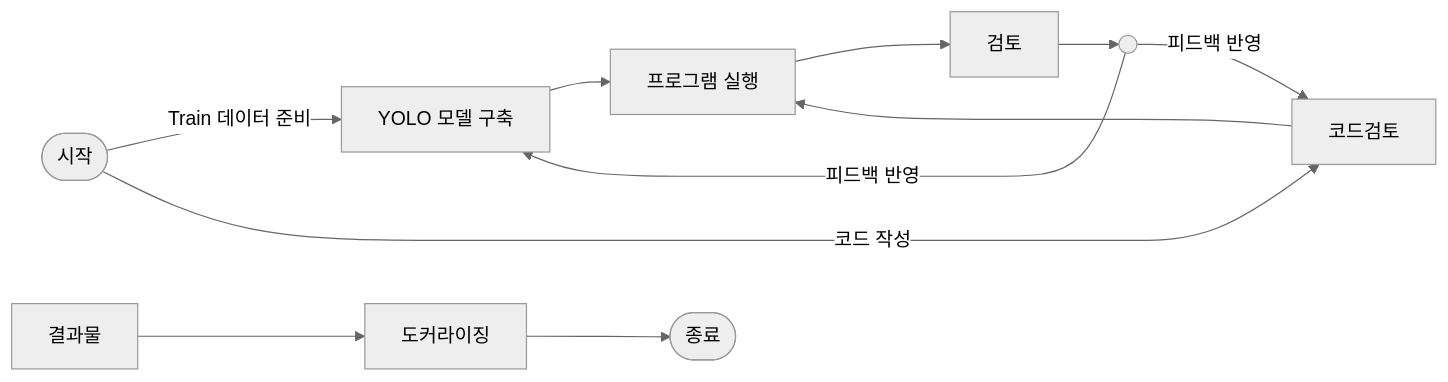
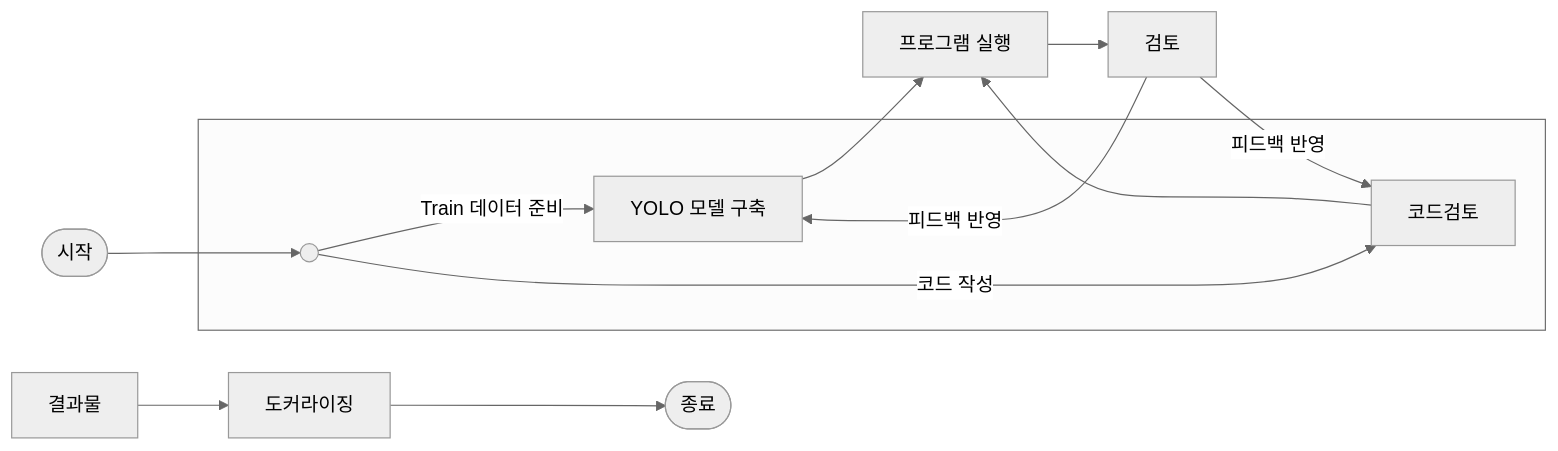
One commit to gamdumdum/my-project changed the first of 2 diagrams in README.md. Above: the diagram before and after it, drawn with Mermaid (neutral theme).

````diff
--- a/README.md
+++ b/README.md
@@ -2,23 +2,28 @@
 ```mermaid
 flowchart LR
     시작([시작])
-    시작 -->|Train 데이터 준비| Yolo[YOLO 모델 구축]
-    시작 -->|코드 작성| 코드검토[코드검토]
+
+    subgraph 초기설정 [ ]
+        방향1(( )):::invisible
+        방향1 -->|Train 데이터 준비| Yolo[YOLO 모델 구축]
+        방향1 -->|코드 작성| 코드검토[코드검토]
+    end
+
+    시작 --> 방향1
 
     Yolo --> 실행[프로그램 실행]
     코드검토 --> 실행
 
     실행 --> 검토[검토]
 
-    검토 --> 피드백1(( )):::invisible
-    피드백1 -->|피드백 반영| Yolo
-    피드백1 -->|피드백 반영| 코드검토
+    검토 -->|피드백 반영| Yolo
+    검토 -->|피드백 반영| 코드검토
 
 
 
 
 
     결과[결과물] --> 도커[도커라이징]
     도커 --> 종료([종료])
 
 ```
````
